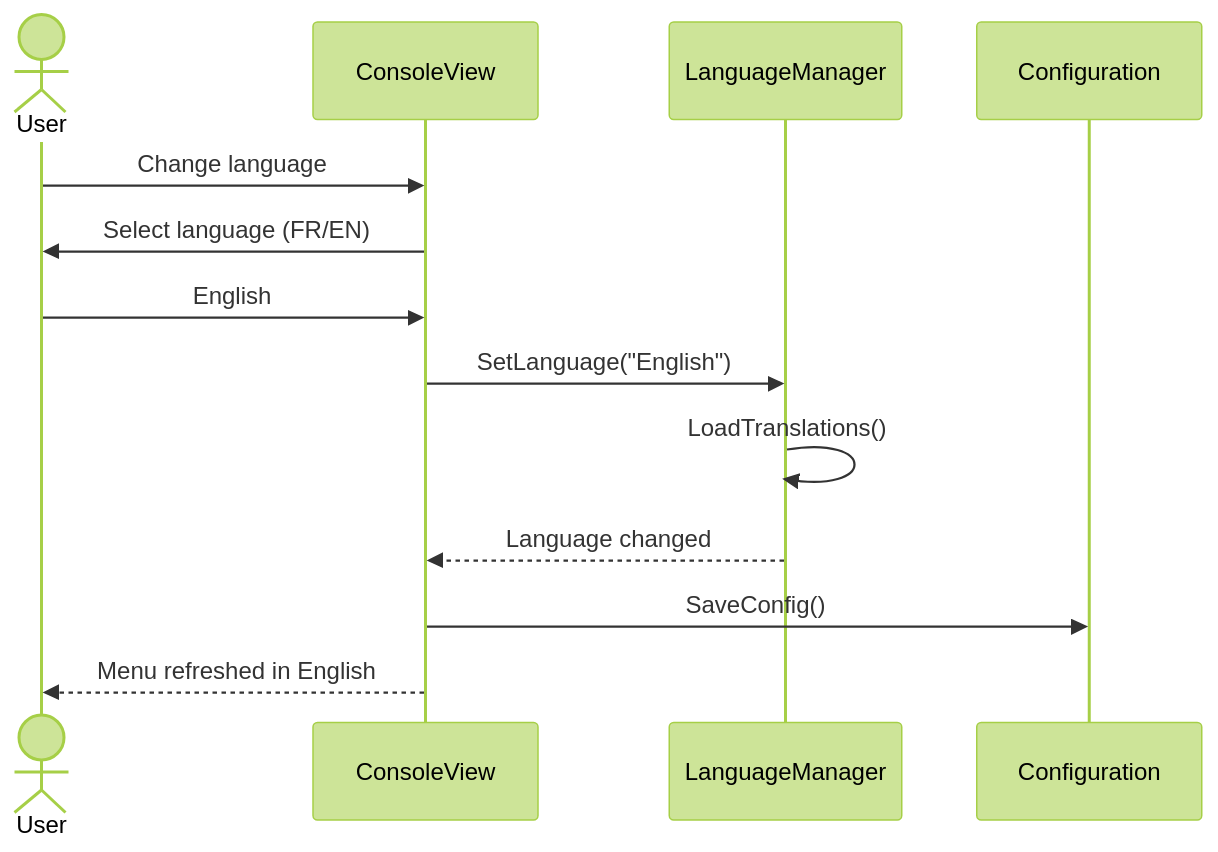
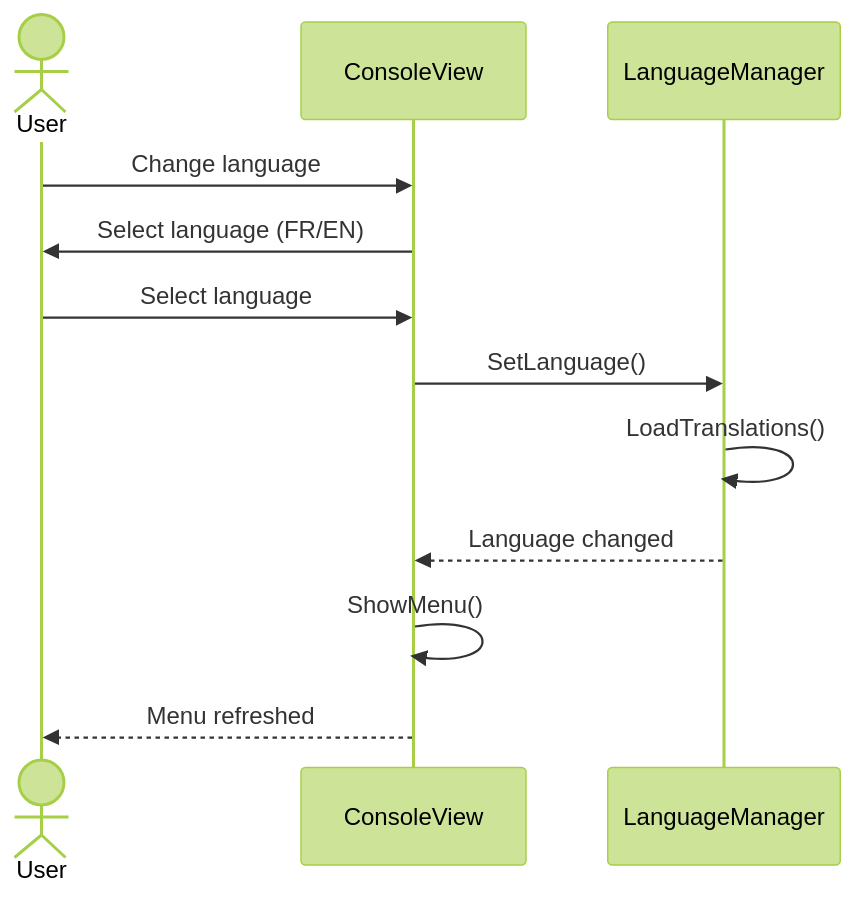
Before and after one commit to Groupe1-Prosoft/EasySave: the sixth of 8 diagrams in Diagrams/UML.md, drawn with Mermaid (forest theme). The commit also changed other lines of this file, not shown here.

First line of the commit message:
Refactor UML diagrams for EasySave 1.0

````diff
--- a/Diagrams/UML.md
+++ b/Diagrams/UML.md
@@ -281,18 +285,17 @@
 ```mermaid
 sequenceDiagram
     actor User
     participant ConsoleView
     participant LanguageManager
-    participant Configuration
-    
+
     User->>ConsoleView: Change language
     ConsoleView->>User: Select language (FR/EN)
-    User->>ConsoleView: English
-    
-    ConsoleView->>LanguageManager: SetLanguage("English")
+    User->>ConsoleView: Select language
+
+    ConsoleView->>LanguageManager: SetLanguage()
     LanguageManager->>LanguageManager: LoadTranslations()
     LanguageManager-->>ConsoleView: Language changed
-    
-    ConsoleView->>Configuration: SaveConfig()
-    ConsoleView-->>User: Menu refreshed in English
+
+    ConsoleView->>ConsoleView: ShowMenu()
+    ConsoleView-->>User: Menu refreshed
 ```
````
